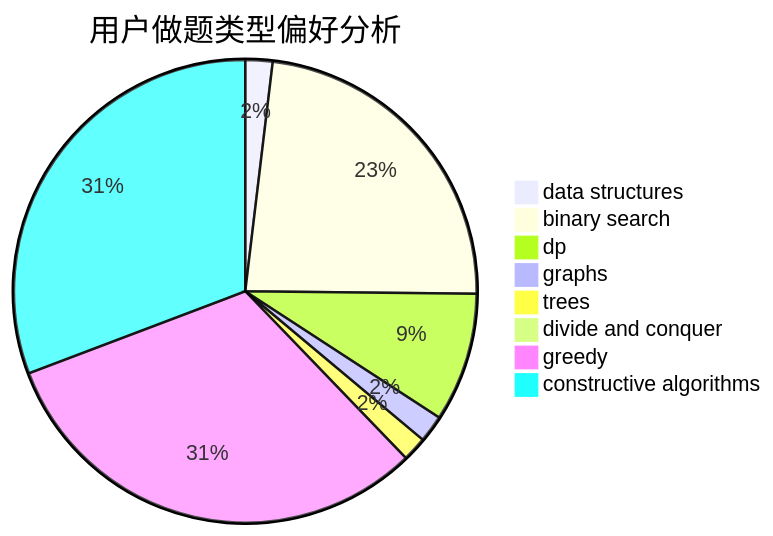
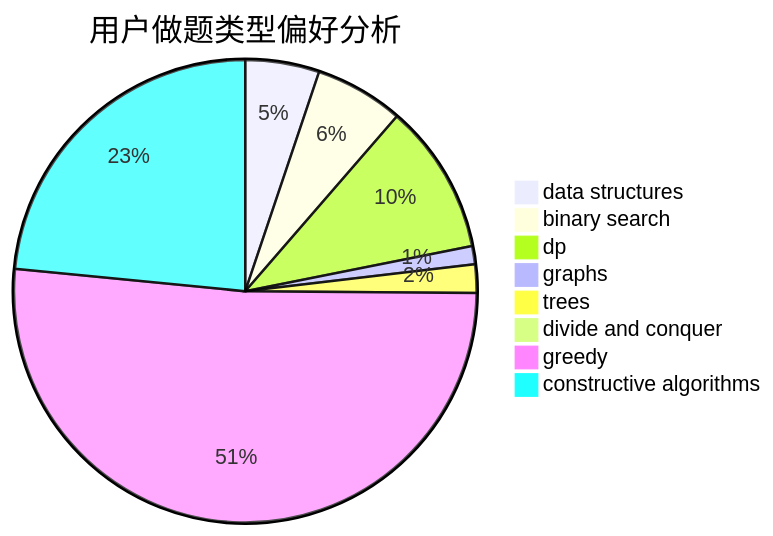
Before and after one commit to sherpahu/cfrs.github.io: the second of 3 diagrams in docs/user/u152.md, drawn with Mermaid. The commit also changed other lines of this file and 2770 other files, not shown here.

````diff
--- a/docs/user/u152.md
+++ b/docs/user/u152.md
@@ -23,11 +23,11 @@
 ```mermaid
 pie title 用户做题类型偏好分析
-    "data structures" :  20
-    "binary search" :  245
-    "dp" :  95
-    "graphs" :  20
-    "trees" :  18
-    "divide and conquer" :  1
-    "greedy" :  331
-    "constructive algorithms" :  324
+    "data structures" :  65
+    "binary search" :  78
+    "dp" :  132
+    "graphs" :  16
+    "trees" :  25
+    "divide and conquer" :  0
+    "greedy" :  647
+    "constructive algorithms" :  295
 ```
````
